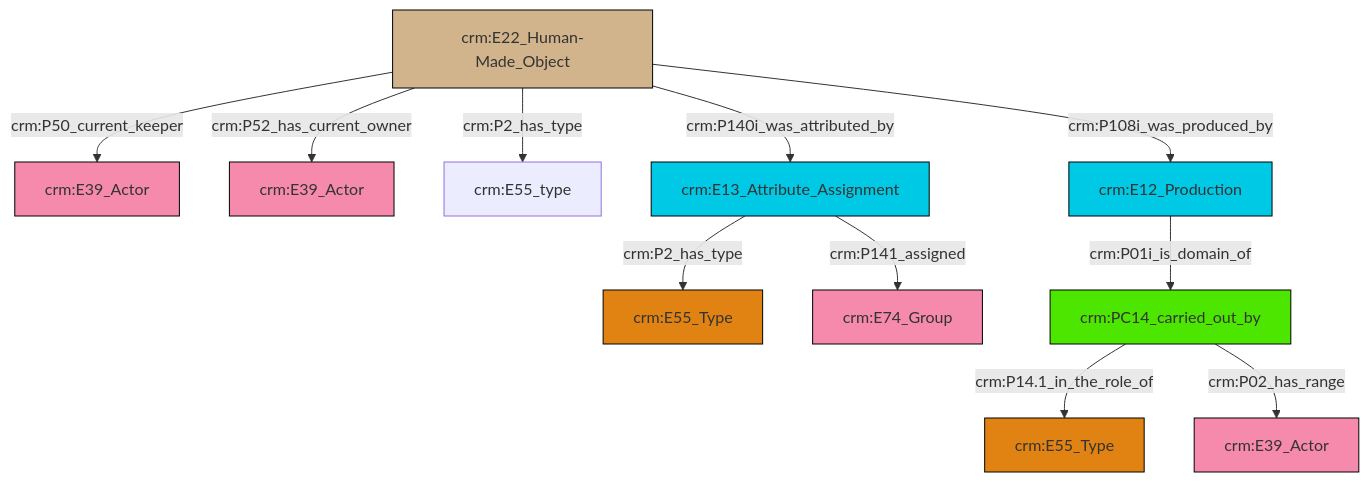
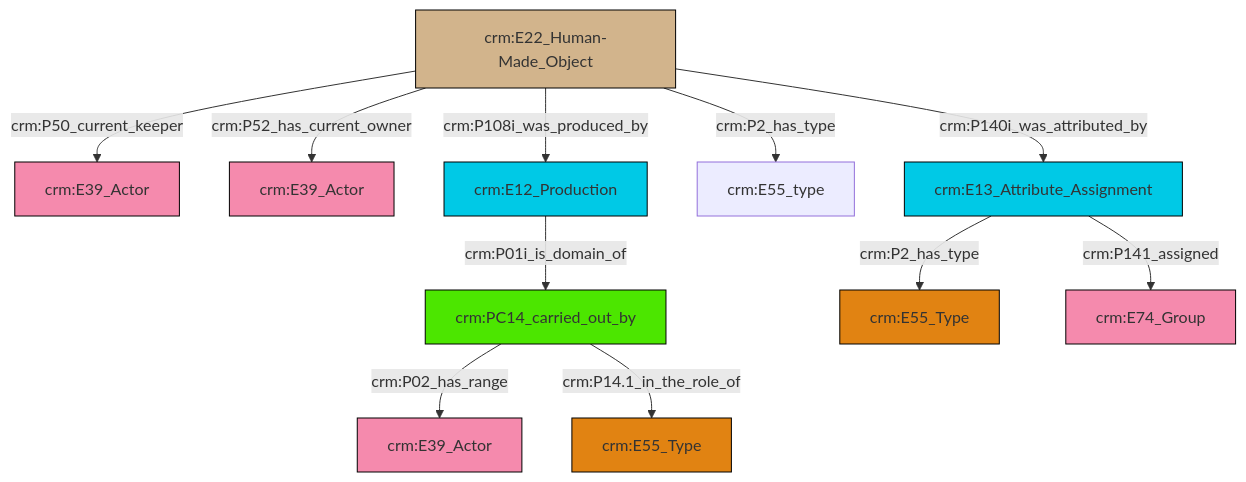
One commit to swiss-art-research-net/docs.swissartresearch changed the diagram in et/artworkCSV/ttl/mmd/Artwork_Actor_Relations.ttl.mmd. Above: the diagram before and after it, drawn with Mermaid. The commit also changed 177 other files, not shown here.

```diff
--- a/et/artworkCSV/ttl/mmd/Artwork_Actor_Relations.ttl.mmd
+++ b/et/artworkCSV/ttl/mmd/Artwork_Actor_Relations.ttl.mmd
@@ -1,25 +1,25 @@
 graph TD
 classDef Literal fill:#f2f2f2,stroke:#000000;
 classDef CRM_Entity fill:#FFFFFF,stroke:#000000;
 classDef Temporal_Entity fill:#00C9E6, stroke:#000000;
 classDef Type fill:#E18312, stroke:#000000;
 classDef Time-Span fill:#2C9C91, stroke:#000000;
 classDef Appellation fill:#FFEB7F, stroke:#000000;
 classDef Place fill:#008836, stroke:#000000;
 classDef Persistent_Item fill:#B266B2, stroke:#000000;
 classDef Conceptual_Object fill:#FFD700, stroke:#000000;
 classDef Physical_Thing fill:#D2B48C, stroke:#000000;
 classDef Actor fill:#f58aad, stroke:#000000;
 classDef PC_Classes fill:#4ce600, stroke:#000000;
 classDef Multi fill:#cccccc,stroke:#000000;
 
-0["crm:E13_Attribute_Assignment"]:::Temporal_Entity -->|crm:P2_has_type| 1["crm:E55_Type"]:::Type
-8["crm:E22_Human-Made_Object"]:::Physical_Thing -->|crm:P50_current_keeper| 10["crm:E39_Actor"]:::Actor
-8["crm:E22_Human-Made_Object"]:::Physical_Thing -->|crm:P52_has_current_owner| 11["crm:E39_Actor"]:::Actor
-12["crm:PC14_carried_out_by"]:::PC_Classes -->|crm:P14.1_in_the_role_of| 13["crm:E55_Type"]:::Type
-8["crm:E22_Human-Made_Object"]:::Physical_Thing -->|crm:P2_has_type| 6["crm:E55_type"]:::Default
-8["crm:E22_Human-Made_Object"]:::Physical_Thing -->|crm:P140i_was_attributed_by| 0["crm:E13_Attribute_Assignment"]:::Temporal_Entity
-8["crm:E22_Human-Made_Object"]:::Physical_Thing -->|crm:P108i_was_produced_by| 3["crm:E12_Production"]:::Temporal_Entity
-0["crm:E13_Attribute_Assignment"]:::Temporal_Entity -->|crm:P141_assigned| 18["crm:E74_Group"]:::Actor
-3["crm:E12_Production"]:::Temporal_Entity -->|crm:P01i_is_domain_of| 12["crm:PC14_carried_out_by"]:::PC_Classes
-12["crm:PC14_carried_out_by"]:::PC_Classes -->|crm:P02_has_range| 16["crm:E39_Actor"]:::Actor
+4["crm:E22_Human-Made_Object"]:::Physical_Thing -->|crm:P52_has_current_owner| 5["crm:E39_Actor"]:::Actor
+2["crm:PC14_carried_out_by"]:::PC_Classes -->|crm:P02_has_range| 6["crm:E39_Actor"]:::Actor
+10["crm:E13_Attribute_Assignment"]:::Temporal_Entity -->|crm:P2_has_type| 7["crm:E55_Type"]:::Type
+4["crm:E22_Human-Made_Object"]:::Physical_Thing -->|crm:P2_has_type| 11["crm:E55_type"]:::Default
+4["crm:E22_Human-Made_Object"]:::Physical_Thing -->|crm:P50_current_keeper| 0["crm:E39_Actor"]:::Actor
+10["crm:E13_Attribute_Assignment"]:::Temporal_Entity -->|crm:P141_assigned| 15["crm:E74_Group"]:::Actor
+2["crm:PC14_carried_out_by"]:::PC_Classes -->|crm:P14.1_in_the_role_of| 20["crm:E55_Type"]:::Type
+4["crm:E22_Human-Made_Object"]:::Physical_Thing -->|crm:P108i_was_produced_by| 18["crm:E12_Production"]:::Temporal_Entity
+18["crm:E12_Production"]:::Temporal_Entity -->|crm:P01i_is_domain_of| 2["crm:PC14_carried_out_by"]:::PC_Classes
+4["crm:E22_Human-Made_Object"]:::Physical_Thing -->|crm:P140i_was_attributed_by| 10["crm:E13_Attribute_Assignment"]:::Temporal_Entity
```
